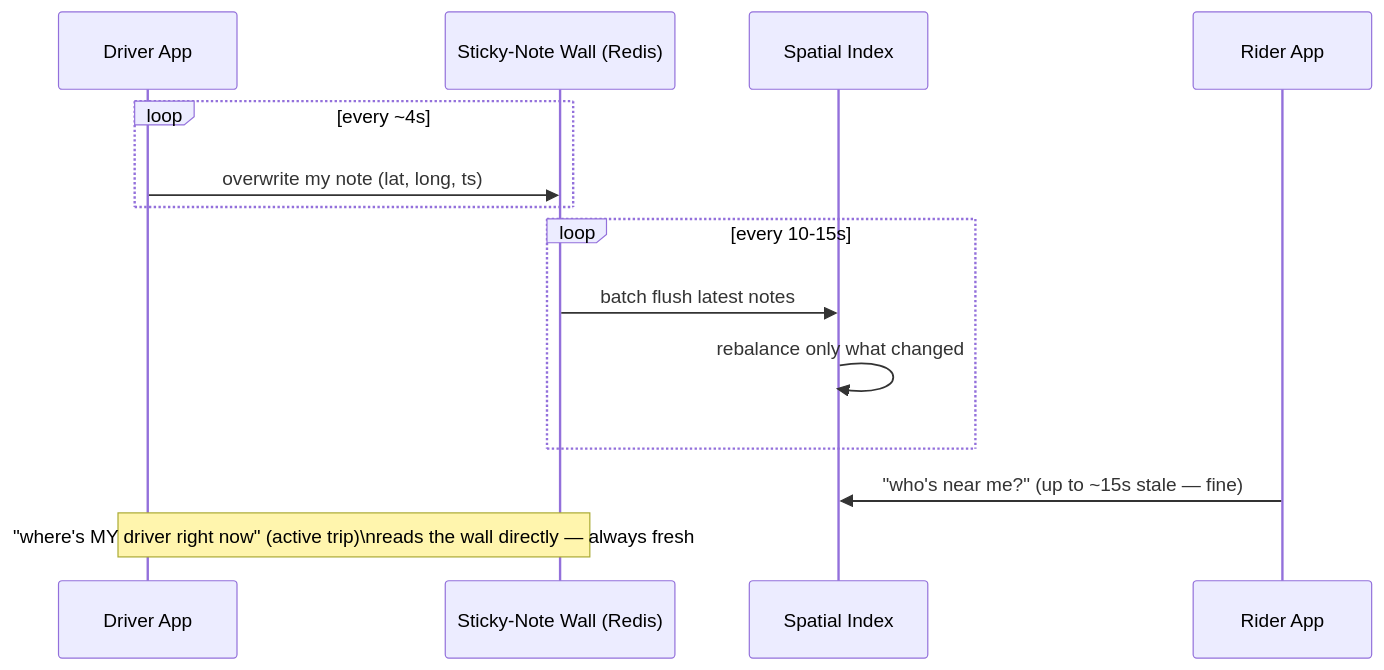
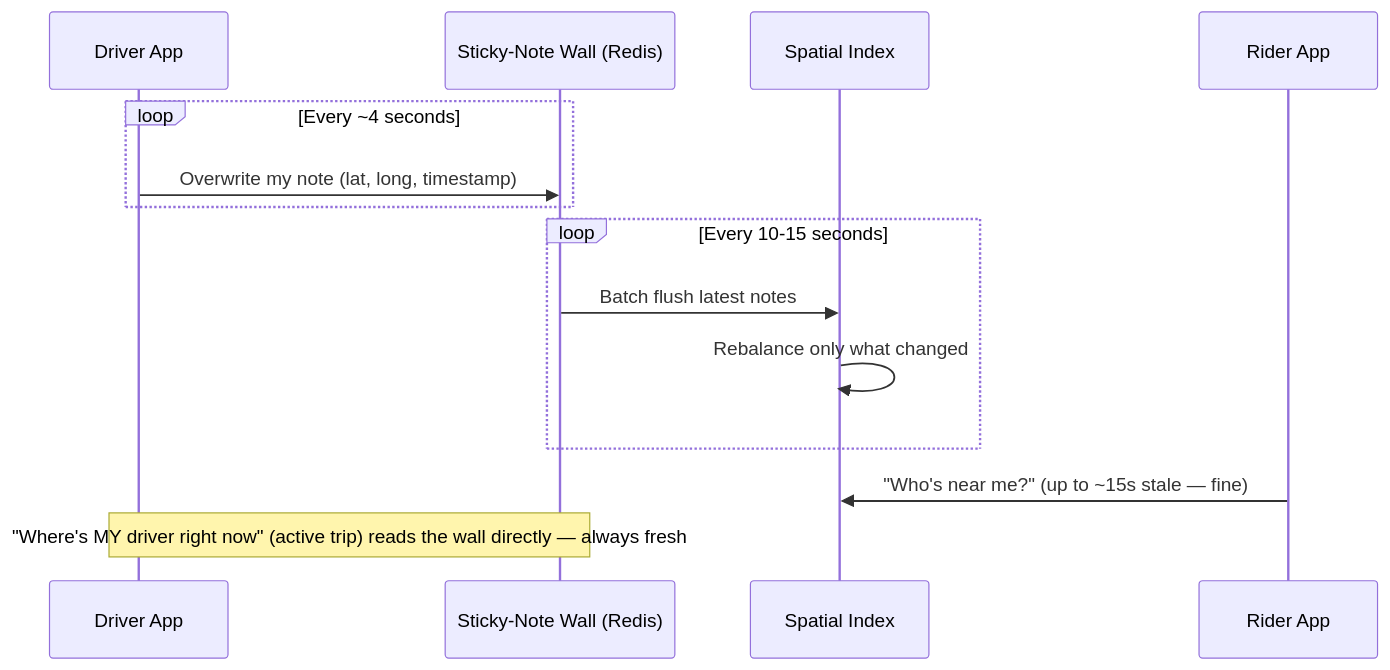
One commit to riyaz-pasha/Learnings changed the third of 16 diagrams in system-design/HLD/0-course/30-Design Uber-FAANG-Guide-story.md. Above: the diagram before and after it, drawn with Mermaid. The commit also changed other lines of this file and 1 other file, not shown here.

First line of the commit message:
[REWRITE] Design Uber guides: simplify prose, add structure, fix dark-theme diagrams

````diff
--- a/system-design/HLD/0-course/30-Design Uber-FAANG-Guide-story.md
+++ b/system-design/HLD/0-course/30-Design Uber-FAANG-Guide-story.md
@@ -73,17 +219,17 @@
 ```mermaid
 sequenceDiagram
-    participant D as Driver App
+    participant Driver as Driver App
     participant Wall as Sticky-Note Wall (Redis)
     participant Idx as Spatial Index
-    participant R as Rider App
+    participant Rider as Rider App
 
-    loop every ~4s
-        D->>Wall: overwrite my note (lat, long, ts)
+    loop Every ~4 seconds
+        Driver->>Wall: Overwrite my note (lat, long, timestamp)
     end
-    loop every 10-15s
-        Wall->>Idx: batch flush latest notes
-        Idx->>Idx: rebalance only what changed
+    loop Every 10-15 seconds
+        Wall->>Idx: Batch flush latest notes
+        Idx->>Idx: Rebalance only what changed
     end
-    R->>Idx: "who's near me?" (up to ~15s stale — fine)
-    Note over D,Wall: "where's MY driver right now" (active trip)\nreads the wall directly — always fresh
+    Rider->>Idx: "Who's near me?" (up to ~15s stale — fine)
+    Note over Driver,Wall: "Where's MY driver right now" (active trip) reads the wall directly — always fresh
 ```
````
